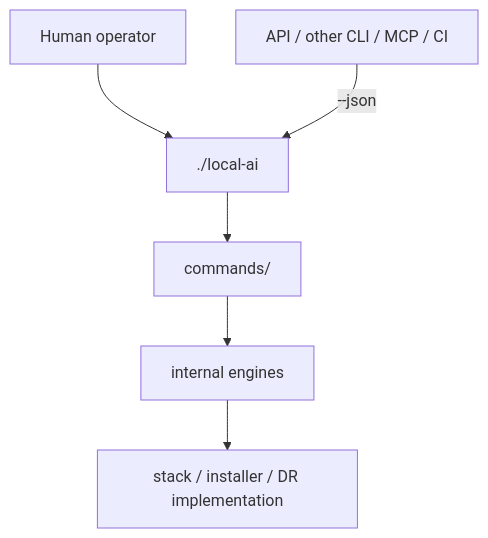
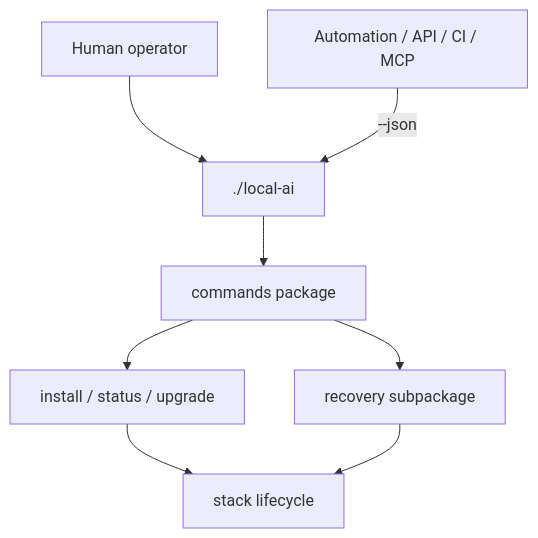
Before and after one commit to ea1het/local_hybrid_ai: the third of 3 diagrams in README.md, drawn with Mermaid. The commit also changed other lines of this file, not shown here.

Commit message:
Document unified commands package and normalized documentation paths

````diff
--- a/README.md
+++ b/README.md
@@ -42,8 +45,10 @@
 ```mermaid
 flowchart TB
     H[Human operator] --> CLI[./local-ai]
-    API[API / other CLI / MCP / CI] -->|--json| CLI
-    CLI --> C[commands/]
-    C --> I[internal engines]
-    I --> S[stack / installer / DR implementation]
+    A[Automation / API / CI / MCP] -->|--json| CLI
+    CLI --> C[commands package]
+    C --> I[install / status / upgrade]
+    C --> DR[recovery subpackage]
+    I --> S[stack lifecycle]
+    DR --> S
 ```
````
